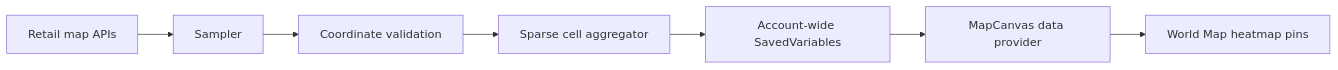
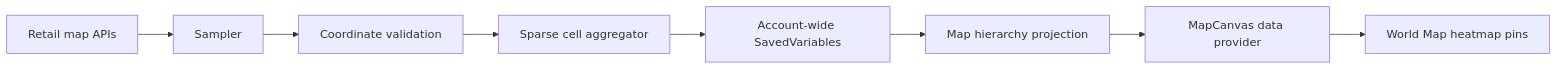
The diagram in docs/concepts/heatmap.md (Anduin-Webworks/explorer-footprint), drawn with Mermaid before and after one commit. The commit also changed other lines of this file and 16 other files, not shown here.

First line of the commit message:
Add hierarchical map projection and diagnostics

````diff
--- a/docs/concepts/heatmap.md
+++ b/docs/concepts/heatmap.md
@@ -9,9 +9,10 @@
 ```mermaid
 flowchart LR
     A[Retail map APIs] --> B[Sampler]
     B --> C[Coordinate validation]
     C --> D[Sparse cell aggregator]
     D --> E[Account-wide SavedVariables]
-    E --> F[MapCanvas data provider]
-    F --> G[World Map heatmap pins]
+    E --> F[Map hierarchy projection]
+    F --> G[MapCanvas data provider]
+    G --> H[World Map heatmap pins]
 ```
````
